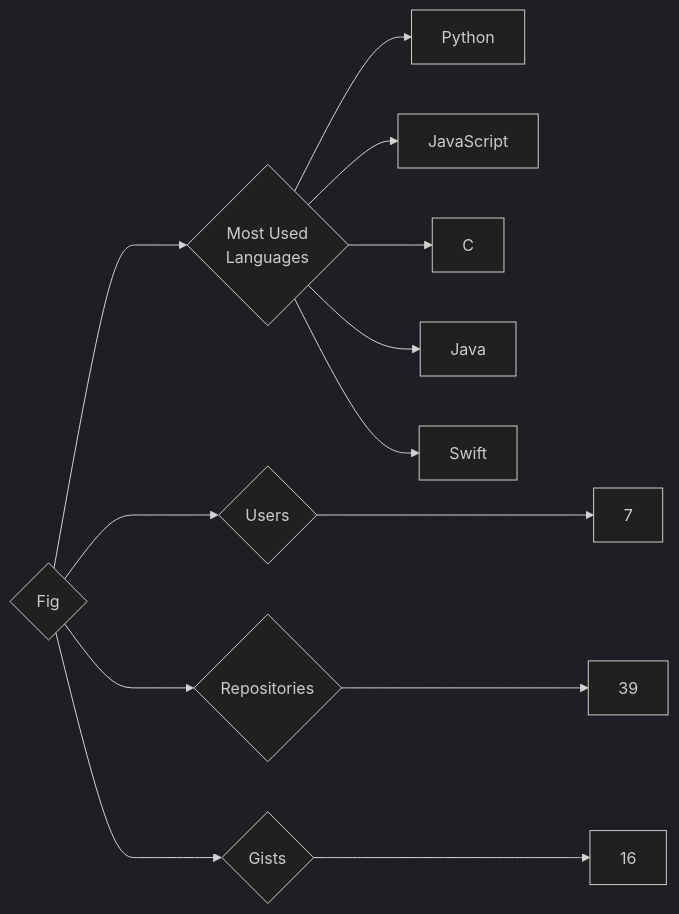
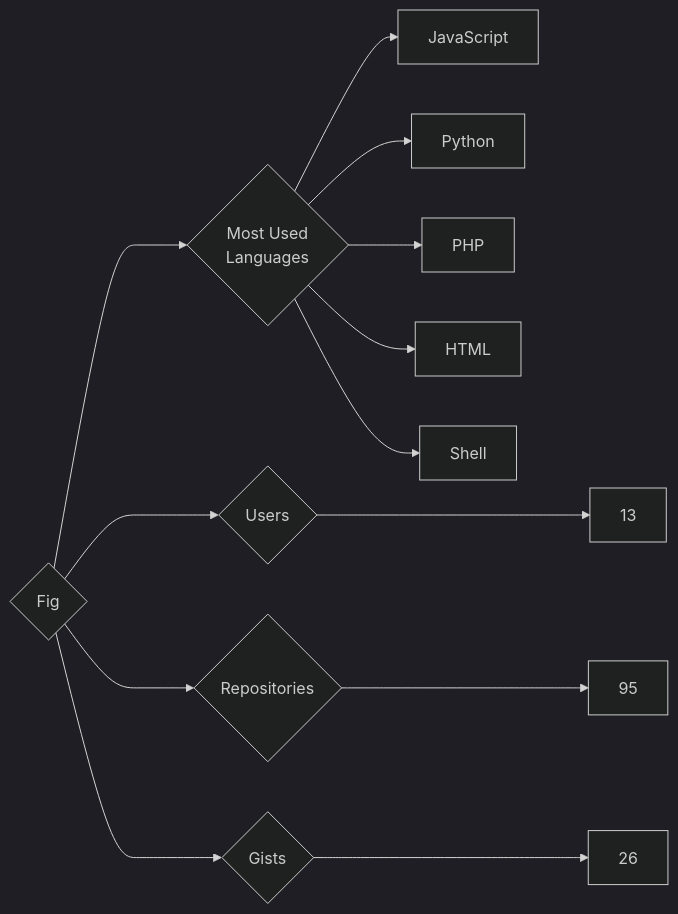
The diagram in targets/Fig/README.md (trickest/insiders), drawn with Mermaid (dark theme) before and after one commit. The commit also changed 773 other files, not shown here.

````diff
--- a/targets/Fig/README.md
+++ b/targets/Fig/README.md
@@ -3,13 +3,13 @@
 ```mermaid
 graph LR
 COMPANY_NAME{Fig}
-COMPANY_NAME ---> U{Users} ---> UN[7]
-COMPANY_NAME ---> R{Repositories} ---> RN[39]
-COMPANY_NAME ---> G{Gists} ---> GN[16]
+COMPANY_NAME ---> U{Users} ---> UN[13]
+COMPANY_NAME ---> R{Repositories} ---> RN[95]
+COMPANY_NAME ---> G{Gists} ---> GN[26]
 COMPANY_NAME ---> ML{Most Used<br>Languages}
+ML --> JavaScript[JavaScript]
 ML --> Python[Python]
-ML --> JavaScript[JavaScript]
-ML --> C[C]
-ML --> Java[Java]
-ML --> Swift[Swift]
+ML --> PHP[PHP]
+ML --> HTML[HTML]
+ML --> Shell[Shell]
 ```
````
